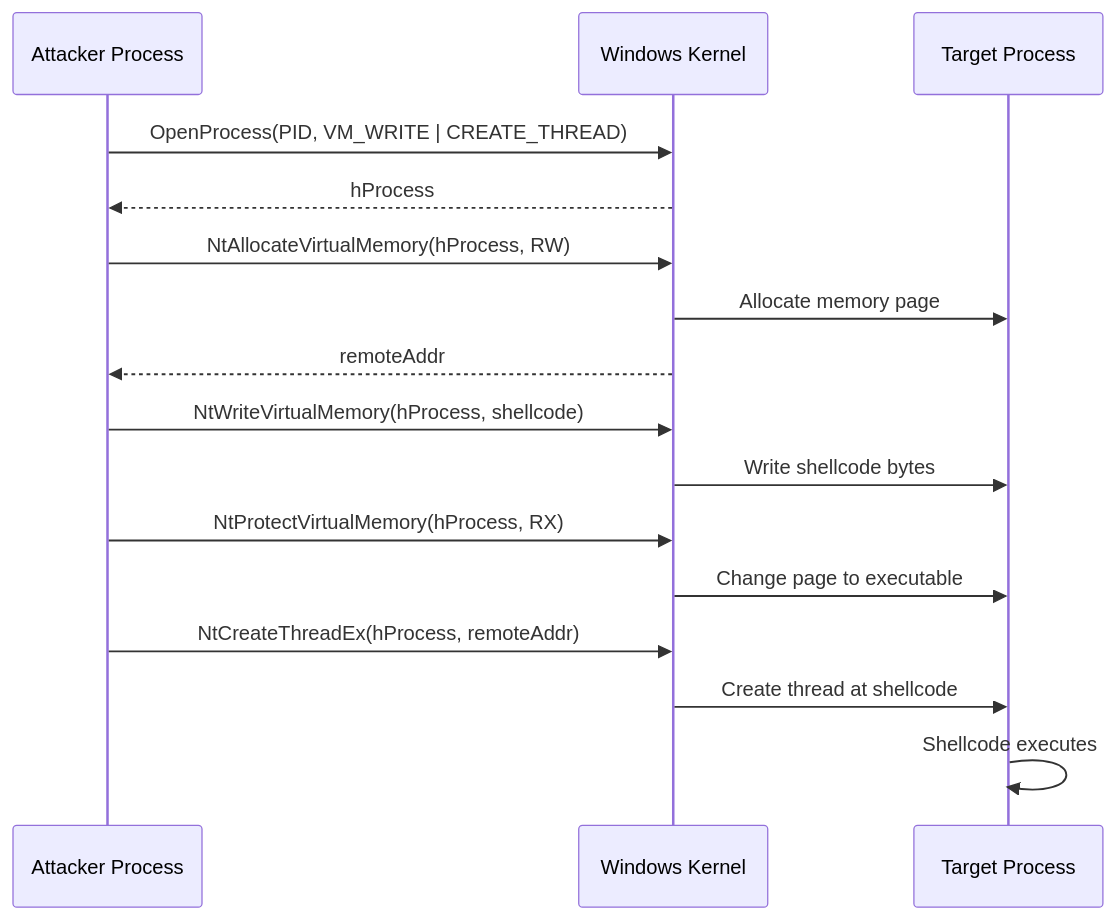
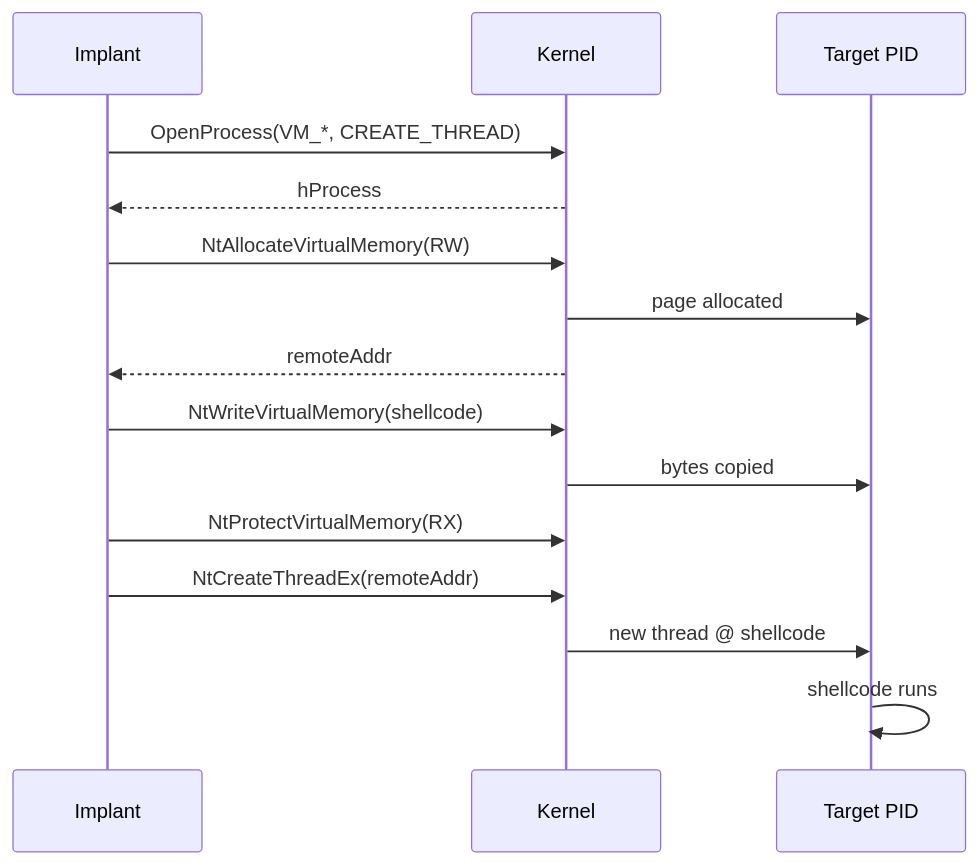
Before and after one commit to oioio-space/maldev: the diagram in docs/techniques/injection/create-remote-thread.md, drawn with Mermaid. The commit also changed other lines of this file and 2 other files, not shown here.

````diff
--- a/docs/techniques/injection/create-remote-thread.md
+++ b/docs/techniques/injection/create-remote-thread.md
@@ -15,23 +39,18 @@
 ```mermaid
 sequenceDiagram
-    participant Attacker as Attacker Process
-    participant Kernel as Windows Kernel
-    participant Target as Target Process
+    participant Impl as Implant
+    participant Kern as Kernel
+    participant Tgt as Target PID
 
-    Attacker->>Kernel: OpenProcess(PID, VM_WRITE | CREATE_THREAD)
-    Kernel-->>Attacker: hProcess
-
-    Attacker->>Kernel: NtAllocateVirtualMemory(hProcess, RW)
-    Kernel->>Target: Allocate memory page
-    Kernel-->>Attacker: remoteAddr
-
-    Attacker->>Kernel: NtWriteVirtualMemory(hProcess, shellcode)
-    Kernel->>Target: Write shellcode bytes
-
-    Attacker->>Kernel: NtProtectVirtualMemory(hProcess, RX)
-    Kernel->>Target: Change page to executable
-
-    Attacker->>Kernel: NtCreateThreadEx(hProcess, remoteAddr)
-    Kernel->>Target: Create thread at shellcode
-    Target->>Target: Shellcode executes
+    Impl->>Kern: OpenProcess(VM_*, CREATE_THREAD)
+    Kern-->>Impl: hProcess
+    Impl->>Kern: NtAllocateVirtualMemory(RW)
+    Kern->>Tgt: page allocated
+    Kern-->>Impl: remoteAddr
+    Impl->>Kern: NtWriteVirtualMemory(shellcode)
+    Kern->>Tgt: bytes copied
+    Impl->>Kern: NtProtectVirtualMemory(RX)
+    Impl->>Kern: NtCreateThreadEx(remoteAddr)
+    Kern->>Tgt: new thread @ shellcode
+    Tgt->>Tgt: shellcode runs
 ```
````
